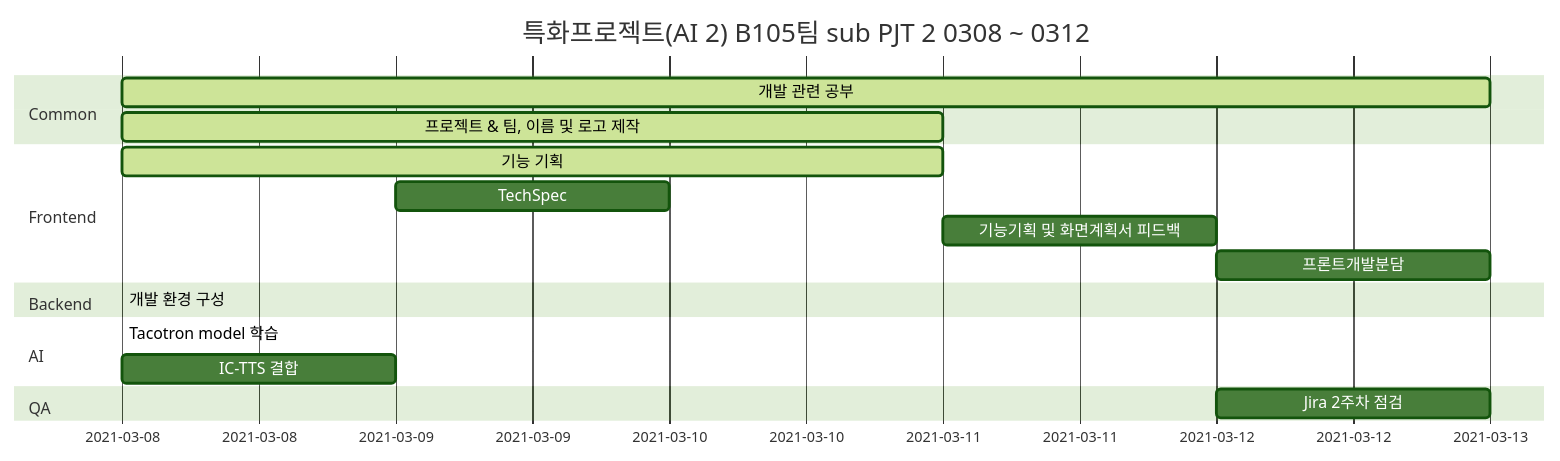
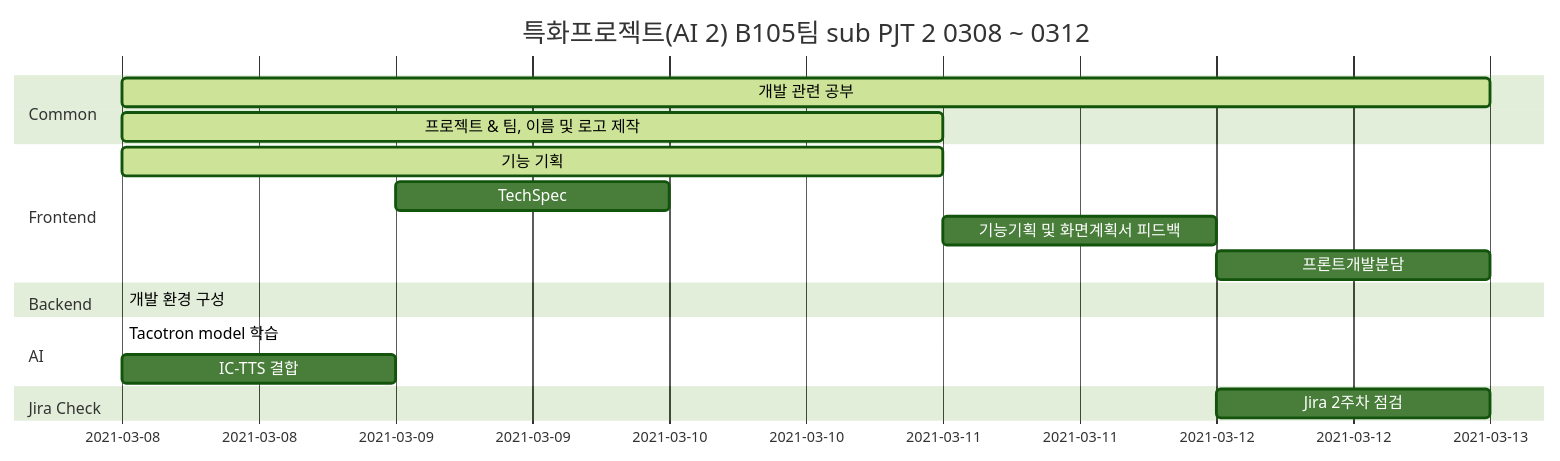
Before and after one commit to jes5918/dinory: the diagram in README.md, drawn with Mermaid (forest theme). The commit also changed other lines of this file, not shown here.

````diff
--- a/README.md
+++ b/README.md
@@ -34,24 +26,24 @@
 ```mermaid
 gantt
     axisFormat  %Y-%m-%d
     title      특화프로젝트(AI 2) B105팀 sub PJT 2 0308 ~ 0312
 	section Common
 	개발 관련 공부: active, 2021-03-08, 5d
 	프로젝트 & 팀, 이름 및 로고 제작 : active, 2021-03-08, 3d
-	
+
     section Frontend
     기능 기획 :active, a1, 2021-03-08, 3d
     TechSpec :, 2021-03-09, 1d
     기능기획 및 화면계획서 피드백 :after a1, 1d
     프론트개발분담 :	, 2021-03-12, 1d
 
     section Backend
    	개발 환경 구성 :active, 2021-03-08, 2021-03-11
-   	
+
    	section AI
    	Tacotron model 학습 :active, a2, 2021-03-08, 2021-03-11
    	IC-TTS 결합 :after a2, 1d
-   	
-   	section QA
+
+   	section Jira Check
    	Jira 2주차 점검 :, 2021-03-12, 1d
 ```
````
